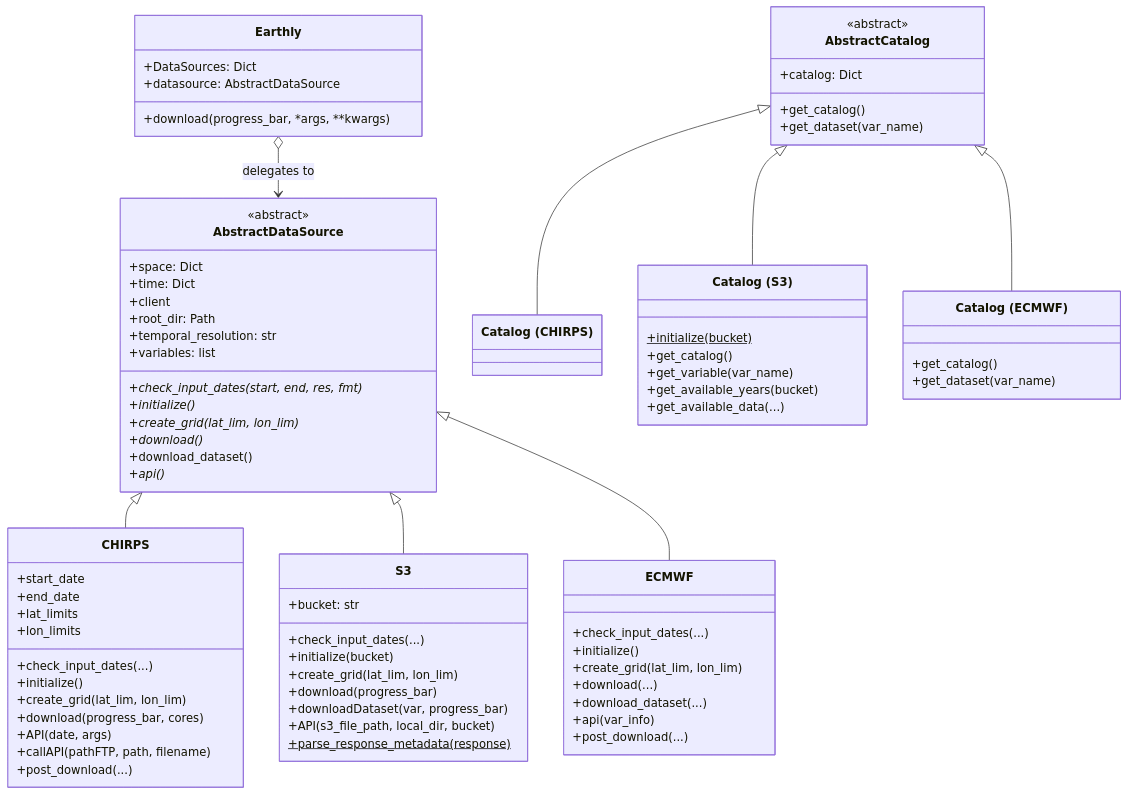
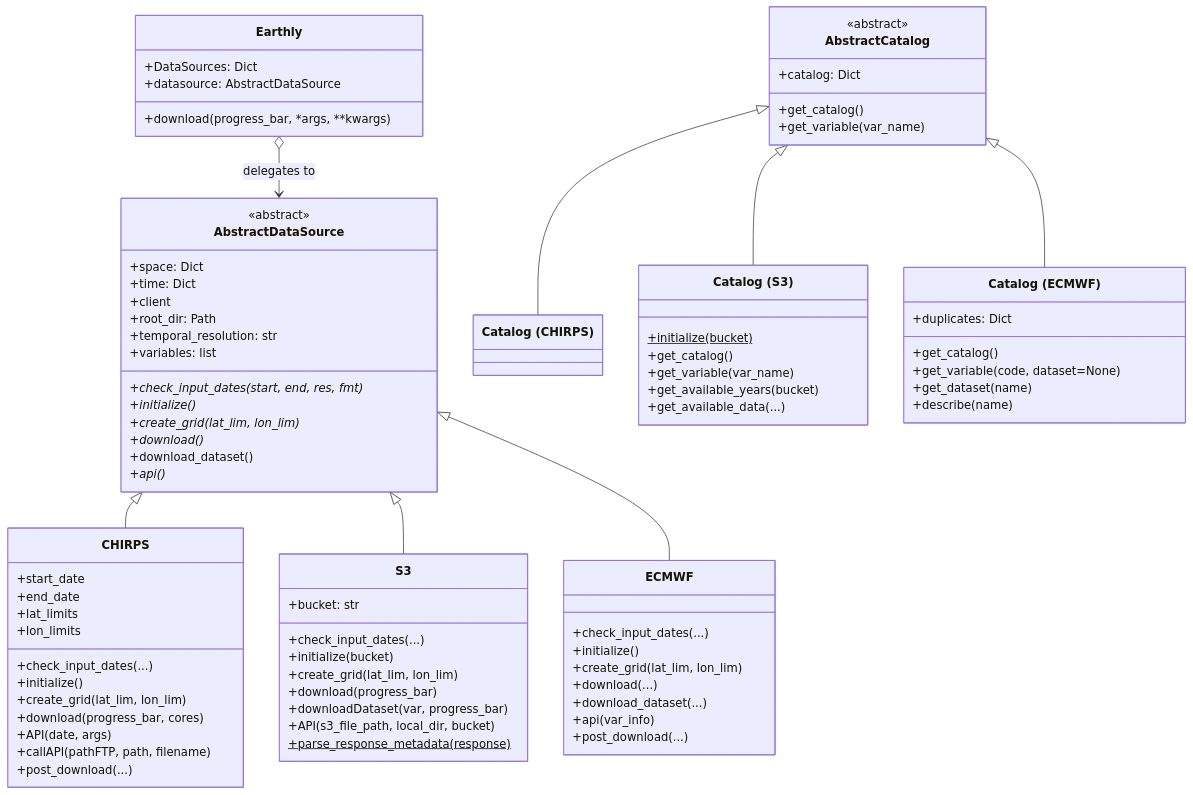
One commit to serapeum-org/earthly changed the second of 5 diagrams in docs/overview/architecture.md. Above: the diagram before and after it, drawn with Mermaid. The commit also changed 7 other files, not shown here.

First line of the commit message:
fix(ecmwf): split Catalog.get_dataset into get_variable + get_dataset

````diff
--- a/docs/overview/architecture.md
+++ b/docs/overview/architecture.md
@@ -47,7 +47,7 @@
         <<abstract>>
         +catalog: Dict
         +get_catalog()
-        +get_dataset(var_name)
+        +get_variable(var_name)
     }
 
     class CHIRPS {
@@ -108,6 +108,9 @@
     }
     class ECMWF_Catalog["Catalog (ECMWF)"] {
         +get_catalog()
-        +get_dataset(var_name)
+        +get_variable(code, dataset=None)
+        +get_dataset(name)
+        +describe(name)
+        +duplicates: Dict
     }
 ```
````
